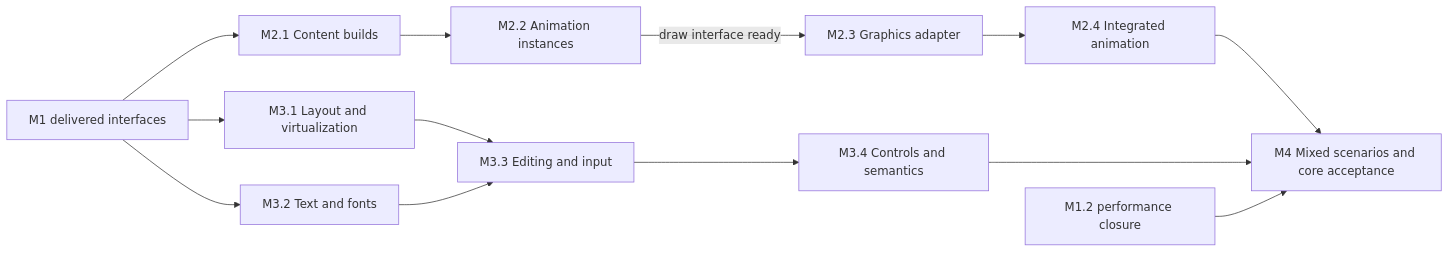
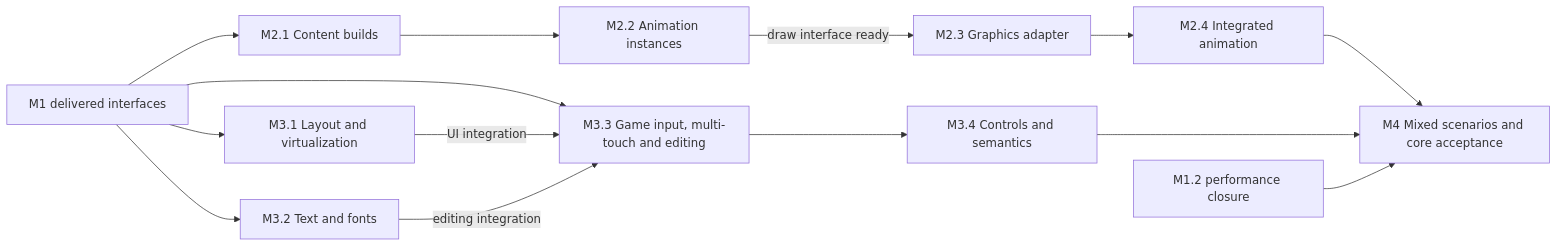
Before and after one commit to cnedwin/Egret_rebuild: the diagram in knowledge-base/en/docs/m2-m4-delivery-plan.md, drawn with Mermaid. The commit also changed other lines of this file and 7 other files, not shown here.

Commit message:
Plan mobile touch and multi-touch in M3-M4 (#95)

````diff
--- a/knowledge-base/en/docs/m2-m4-delivery-plan.md
+++ b/knowledge-base/en/docs/m2-m4-delivery-plan.md
@@ -63,15 +63,16 @@
 ```mermaid
 flowchart LR
     M1[M1 delivered interfaces] --> M21[M2.1 Content builds]
     M1 --> M31[M3.1 Layout and virtualization]
     M1 --> M32[M3.2 Text and fonts]
     M21 --> M22[M2.2 Animation instances]
     M22 -->|draw interface ready| M23[M2.3 Graphics adapter]
     M23 --> M24[M2.4 Integrated animation]
-    M31 --> M33[M3.3 Editing and input]
-    M32 --> M33
+    M1 --> M33[M3.3 Game input, multi-touch and editing]
+    M31 -->|UI integration| M33
+    M32 -->|editing integration| M33
     M33 --> M34[M3.4 Controls and semantics]
     M24 --> M4[M4 Mixed scenarios and core acceptance]
     M34 --> M4
     P[M1.2 performance closure] --> M4
 ```
````
